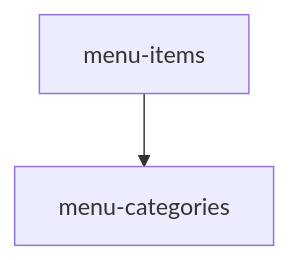
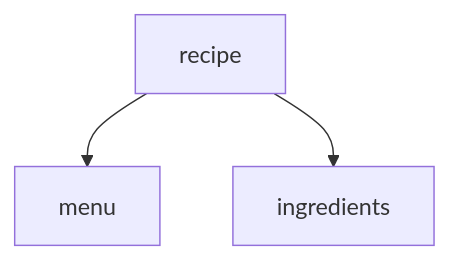
Before and after one commit to rizkyalfauji11/alpha-sdlc: the diagram in skills/do-project-setup/templates/feature-map.md, drawn with Mermaid. The commit also changed other lines of this file and 6 other files, not shown here.

````diff
--- a/skills/do-project-setup/templates/feature-map.md
+++ b/skills/do-project-setup/templates/feature-map.md
@@ -27,4 +32,5 @@
 ```mermaid
 graph TD
-  menu-items --> menu-categories
+  recipe --> menu
+  recipe --> ingredients
 ```
````
